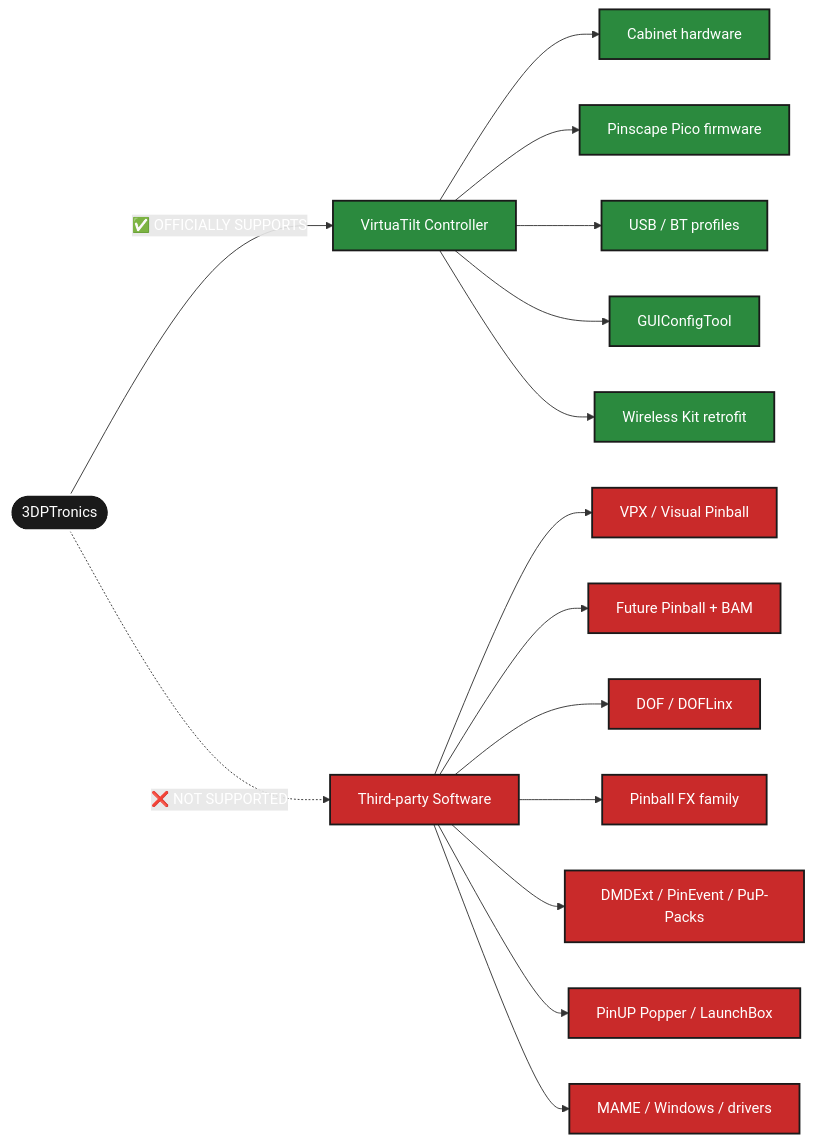
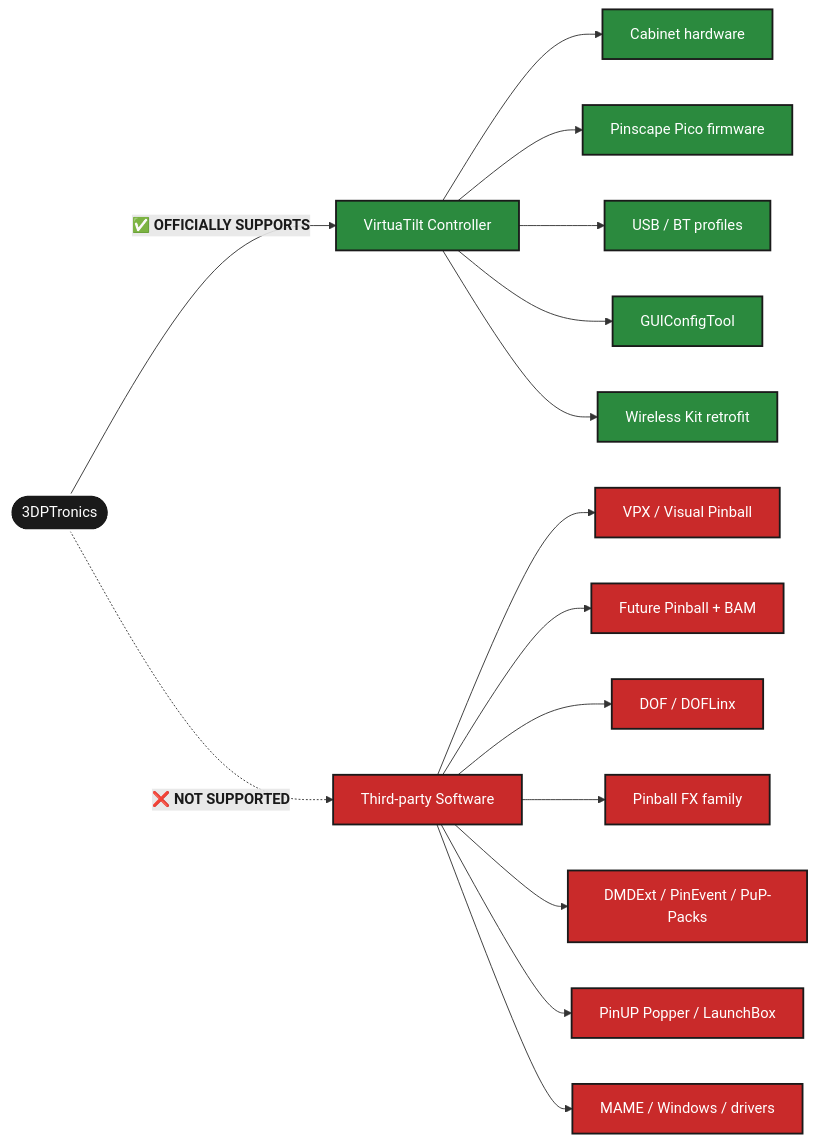
Before and after one commit to 3DPTronics/VirtuaTilt: the diagram in README.md, drawn with Mermaid.

````diff
--- a/README.md
+++ b/README.md
@@ -30,27 +30,30 @@
 ```mermaid
 flowchart LR
     A([3DPTronics])
     A -->|✅ OFFICIALLY SUPPORTS| B[VirtuaTilt Controller]
     A -.->|❌ NOT SUPPORTED| C[Third-party Software]
 
     B --> B1[Cabinet hardware]
     B --> B2[Pinscape Pico firmware]
     B --> B3[USB / BT profiles]
     B --> B4[GUIConfigTool]
     B --> B5[Wireless Kit retrofit]
 
     C --> C1[VPX / Visual Pinball]
     C --> C2[Future Pinball + BAM]
     C --> C3[DOF / DOFLinx]
     C --> C4[Pinball FX family]
     C --> C5[DMDExt / PinEvent / PuP-Packs]
     C --> C6[PinUP Popper / LaunchBox]
     C --> C7[MAME / Windows / drivers]
 
     classDef ours fill:#2b8a3e,color:#fff,stroke:#1a1a1a,stroke-width:2px
     classDef theirs fill:#c92a2a,color:#fff,stroke:#1a1a1a,stroke-width:2px
     classDef root fill:#1a1a1a,color:#fff,stroke:#fff,stroke-width:2px
     class A root
     class B,B1,B2,B3,B4,B5 ours
     class C,C1,C2,C3,C4,C5,C6,C7 theirs
+
+    linkStyle 0 color:#1a1a1a,font-weight:bold
+    linkStyle 1 color:#1a1a1a,font-weight:bold
 ```
````
